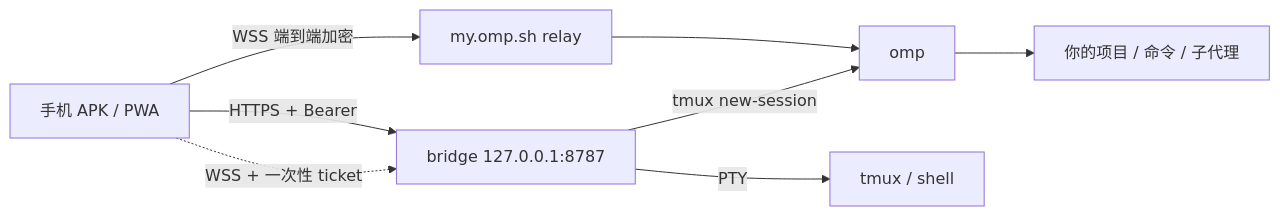
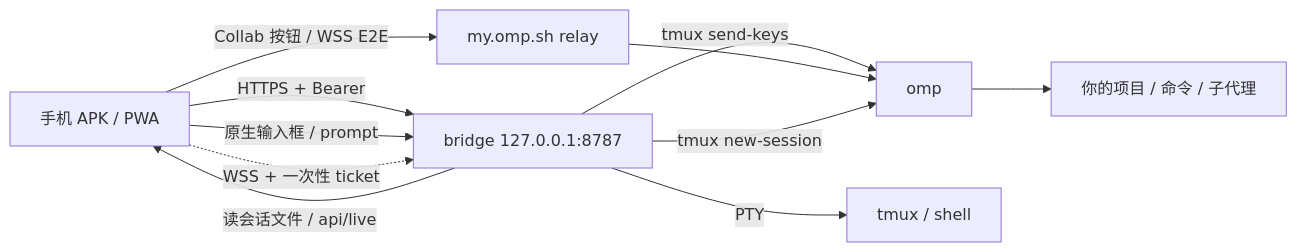
One commit to helingfeng-hub/omp-mobile changed the diagram in README.md. Above: the diagram before and after it, drawn with Mermaid. The commit also changed other lines of this file and 34 other files, not shown here.

````diff
--- a/README.md
+++ b/README.md
@@ -133,8 +142,11 @@
 ```mermaid
 flowchart LR
   P["手机 APK / PWA"] -->|"HTTPS + Bearer"| B["bridge 127.0.0.1:8787"]
-  P -->|"WSS 端到端加密"| R["my.omp.sh relay"] --> O["omp"]
+  B -->|"读会话文件 / api/live"| P
+  P -->|"原生输入框 / prompt"| B
+  B -->|"tmux send-keys"| O["omp"]
   P -.->|"WSS + 一次性 ticket"| B -->|"PTY"| T["tmux / shell"]
+  P -->|"Collab 按钮 / WSS E2E"| R["my.omp.sh relay"] --> O
   B -->|"tmux new-session"| O
   O --> F["你的项目 / 命令 / 子代理"]
 ```
````
